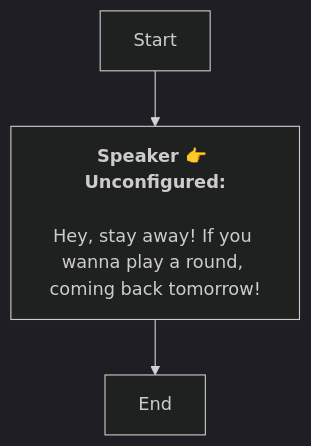
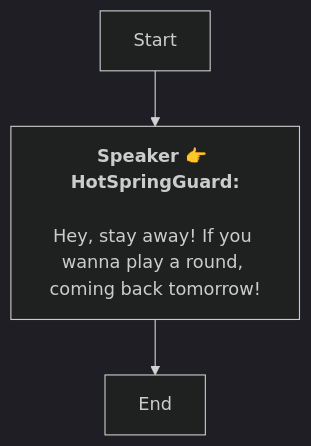
One commit to SoftHu/tos_avg changed the diagram in En/heart_4_2_3_4.md. Above: the diagram before and after it, drawn with Mermaid (dark theme). The commit also changed 737 other files, not shown here.

````diff
--- a/En/heart_4_2_3_4.md
+++ b/En/heart_4_2_3_4.md
@@ -1,8 +1,7 @@
 ```mermaid
 graph
-Start -->1772954816185639[<b>Speaker 👉 Unconfigured:</b>
-
-Hey, stay away! If you wanna play a round, coming back tomorrow!]
+Start -->1772954816185639[<b>Speaker 👉 HotSpringGuard:</b>
+\nHey, stay away! If you wanna play a round, coming back tomorrow!]
 1772954816185639 -->1772954972465448[End]
 
- ```
+```
````
